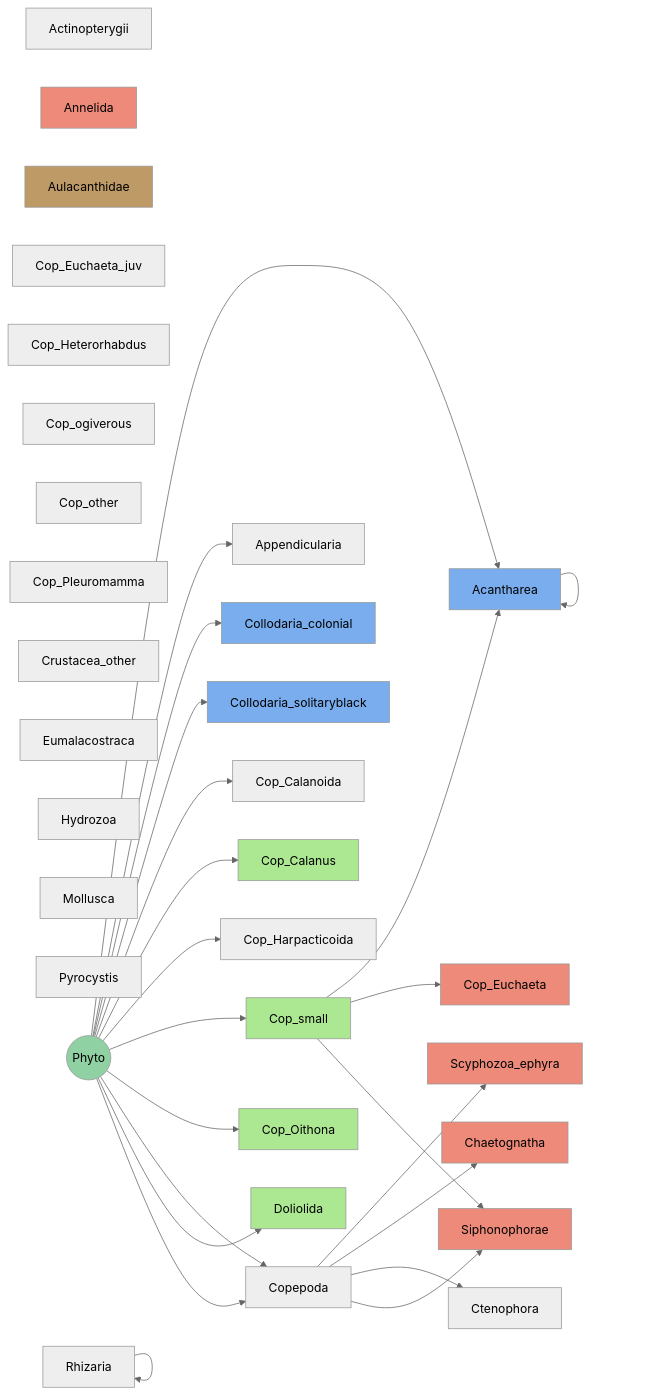
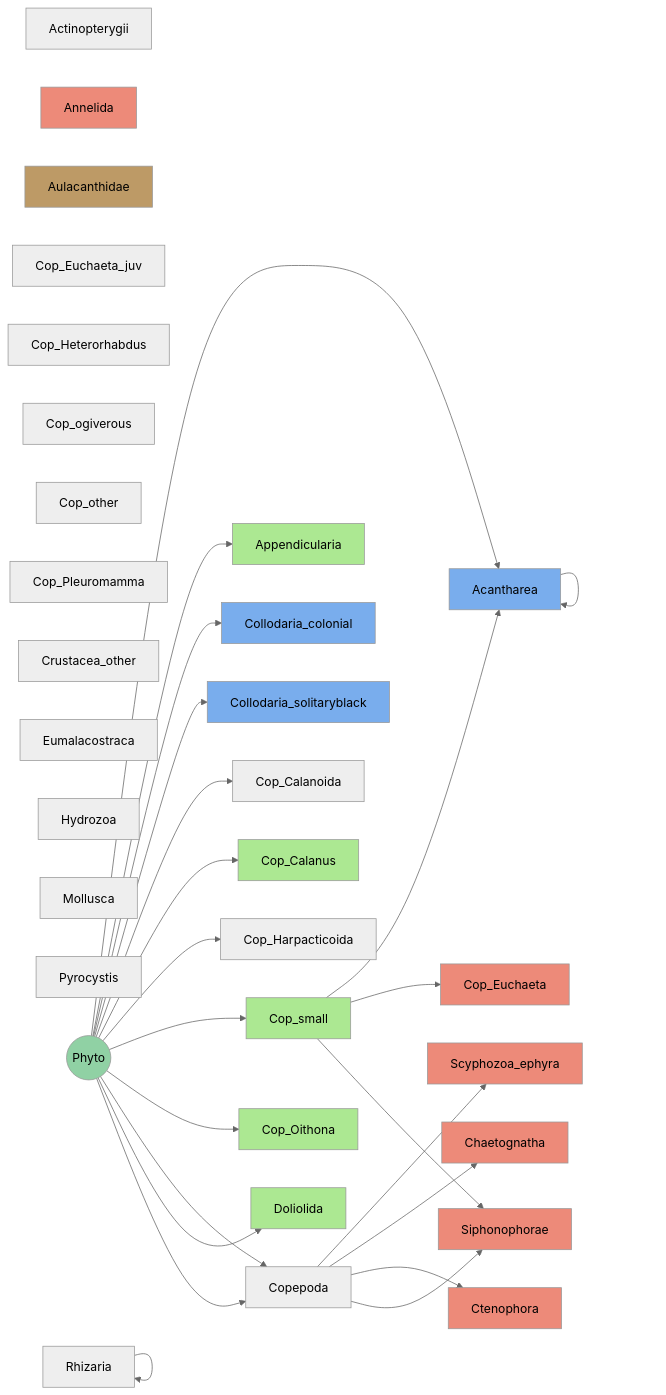
Before and after one commit to ThelmaPana/PlanktonDist: the diagram in network.qmd, drawn with Mermaid. The commit also changed other lines of this file and 1 other file, not shown here.

````diff
--- a/network.qmd
+++ b/network.qmd
@@ -57,73 +32,73 @@
 ```{mermaid}
 %%{init: {'theme':'neutral'}}%%
 graph LR
 %% Nodes
   Acantharea:::mixotroph
   Actinopterygii
   Annelida:::carnivorous
-  Appendicularia
+  Appendicularia:::herbivorous
   Aulacanthidae:::detritivore
   Chaetognatha:::carnivorous
   Collodaria_colonial:::mixotroph
   Collodaria_solitaryblack:::mixotroph
   Cop_Calanoida
   Cop_Calanus:::herbivorous
   Cop_Euchaeta:::carnivorous
   Cop_Euchaeta_juv
   Cop_Harpacticoida
   Cop_Heterorhabdus
   Cop_ogiverous
   Cop_Oithona:::herbivorous
   Cop_other
   Cop_Pleuromamma
   Cop_small:::herbivorous
   Crustacea_other
-  Ctenophora
+  Ctenophora:::carnivorous
   Doliolida:::herbivorous
   Eumalacostraca
   Hydrozoa
   Mollusca
   Pyrocystis
   Rhizaria
   Scyphozoa_ephyra:::carnivorous
   Siphonophorae:::carnivorous
   phyto((Phyto)):::phyto
 
 %% Links
   phyto --> Acantharea
   phyto --> Appendicularia
   phyto --> Collodaria_colonial
   phyto --> Collodaria_solitaryblack
   phyto --> Cop_Calanoida
   phyto --> Cop_Calanus
   phyto --> Cop_Harpacticoida
   phyto --> Cop_small
   phyto --> Cop_Oithona
   phyto --> Copepoda
   phyto --> Doliolida
   phyto --> Copepoda
 
   Cop_small --> Acantharea
   Cop_small --> Cop_Euchaeta
 
   Acantharea --> Acantharea
 
   Copepoda --> Scyphozoa_ephyra
   Copepoda --> Chaetognatha
   Copepoda --> Ctenophora
   Copepoda --> Siphonophorae
 
   Cop_small --> Siphonophorae
 
   Rhizaria --> Rhizaria
 
 %% Classes
  classDef carnivorous fill:#ed8a79
  classDef detritivore fill:#bd9a66
  classDef herbivorous fill:#ace892
  classDef omnivorous fill:#917cd9
  classDef mixotroph fill:#79aded
  classDef phyto fill:#90d1a4
  
  
 ```
````
